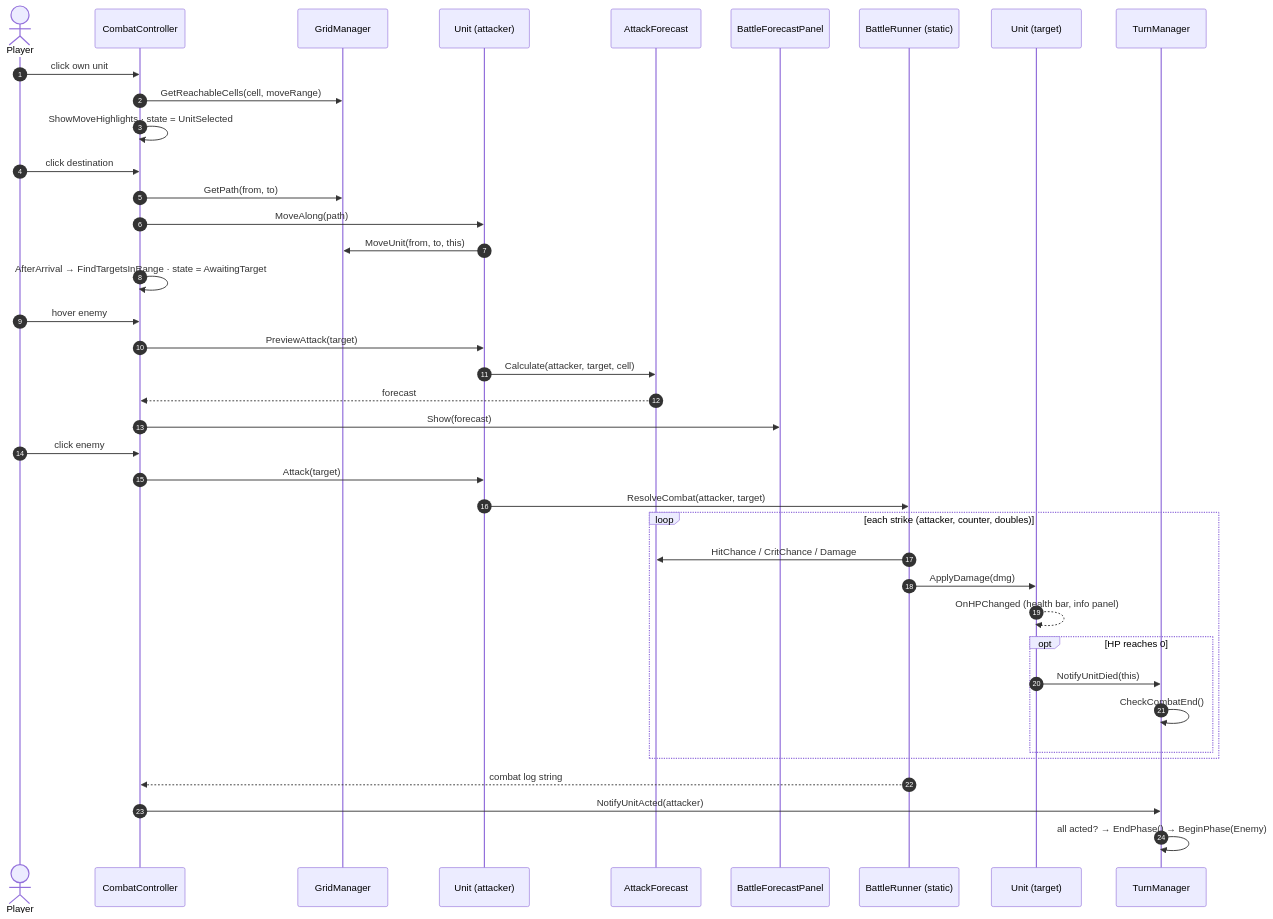
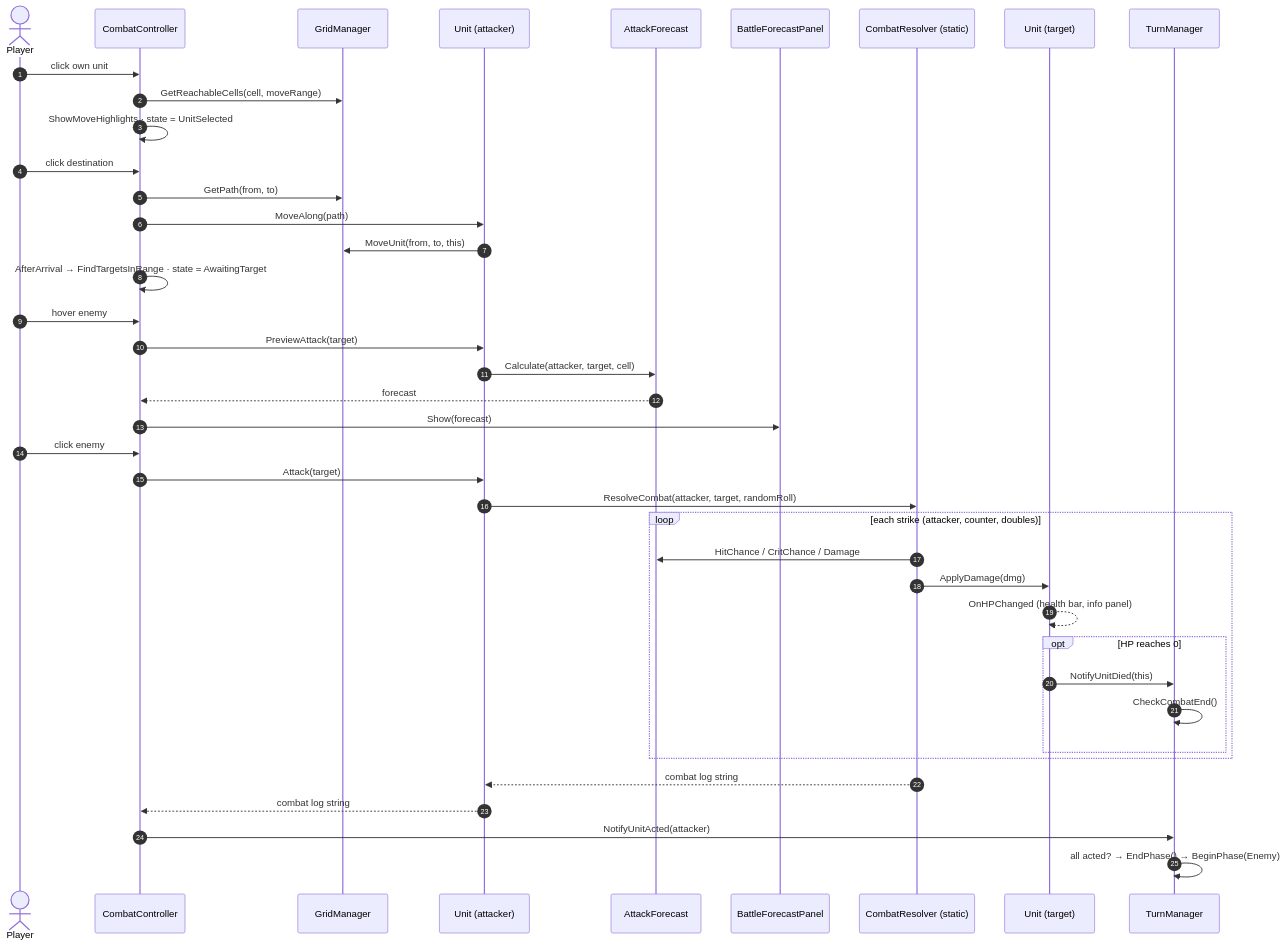
The diagram in docs/uml/05-sequence-player-attack.md (Ampherost/VerdantVenture), drawn with Mermaid before and after one commit. The commit also changed 6 other files, not shown here.

Commit message:
docs: document focused battle orchestration and combat resolver

````diff
--- a/docs/uml/05-sequence-player-attack.md
+++ b/docs/uml/05-sequence-player-attack.md
@@ -3,45 +3,46 @@
 ```mermaid
 sequenceDiagram
     autonumber
     actor Player
     participant CC as CombatController
     participant GM as GridManager
     participant A as Unit (attacker)
     participant AF as AttackForecast
     participant FP as BattleForecastPanel
-    participant BR as BattleRunner (static)
+    participant CR as CombatResolver (static)
     participant T as Unit (target)
     participant TM as TurnManager
 
     Player->>CC: click own unit
     CC->>GM: GetReachableCells(cell, moveRange)
     CC->>CC: ShowMoveHighlights · state = UnitSelected
 
     Player->>CC: click destination
     CC->>GM: GetPath(from, to)
     CC->>A: MoveAlong(path)
     A->>GM: MoveUnit(from, to, this)
     CC->>CC: AfterArrival → FindTargetsInRange · state = AwaitingTarget
 
     Player->>CC: hover enemy
     CC->>A: PreviewAttack(target)
     A->>AF: Calculate(attacker, target, cell)
     AF-->>CC: forecast
     CC->>FP: Show(forecast)
 
     Player->>CC: click enemy
     CC->>A: Attack(target)
-    A->>BR: ResolveCombat(attacker, target)
+    A->>CR: ResolveCombat(attacker, target, randomRoll)
     loop each strike (attacker, counter, doubles)
-        BR->>AF: HitChance / CritChance / Damage
-        BR->>T: ApplyDamage(dmg)
+        CR->>AF: HitChance / CritChance / Damage
+        CR->>T: ApplyDamage(dmg)
         T-->>T: OnHPChanged (health bar, info panel)
         opt HP reaches 0
             T->>TM: NotifyUnitDied(this)
             TM->>TM: CheckCombatEnd()
         end
     end
-    BR-->>CC: combat log string
+    CR-->>A: combat log string
+    A-->>CC: combat log string
     CC->>TM: NotifyUnitActed(attacker)
     TM->>TM: all acted? → EndPhase() → BeginPhase(Enemy)
 ```
````
